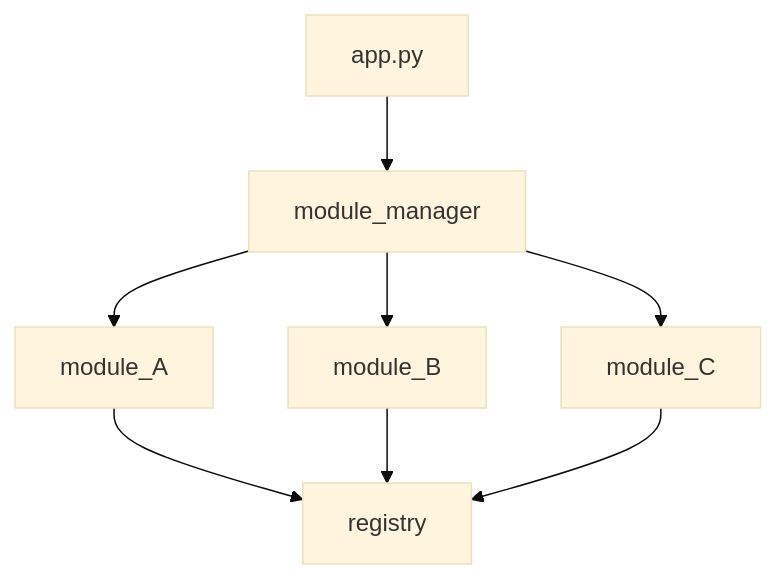
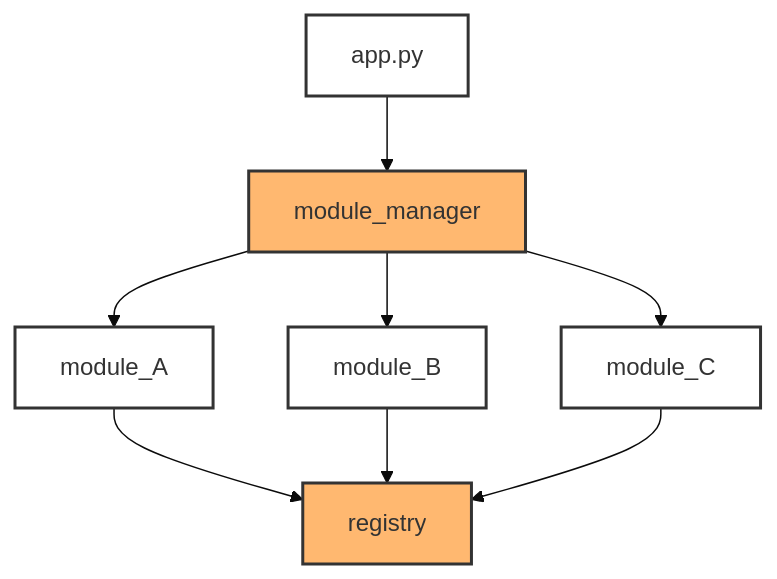
One commit to Obsidian-Cloud/EZiniModuleManager changed the diagram in README.md. Above: the diagram before and after it, drawn with Mermaid (base theme). The commit also changed other lines of this file, not shown here.

Commit message:
commit
Updated Mermaid diagram in README for clarity and added class definitions.

````diff
--- a/README.md
+++ b/README.md
@@ -17,10 +17,13 @@
 ```mermaid
 graph TD;
-app.py-->module_manager;
+app.py:::whiteClass-->module_manager;
 module_manager-->module_A;
-module_manager-->module_B;
+module_manager:::orangeClass-->module_B;
 module_manager-->module_C;
-module_A-->registry;
-module_B-->registry;
-module_C-->registry;
+module_A:::whiteClass-->registry;
+module_B:::whiteClass-->registry:::orangeClass;
+module_C:::whiteClass-->registry;
+
+classDef orangeClass fill:#ffb870,stroke:#333,stroke-width:2px;
+classDef whiteClass fill:#ffffff,stroke:#333,stroke-width:2px;
 ```  
````
